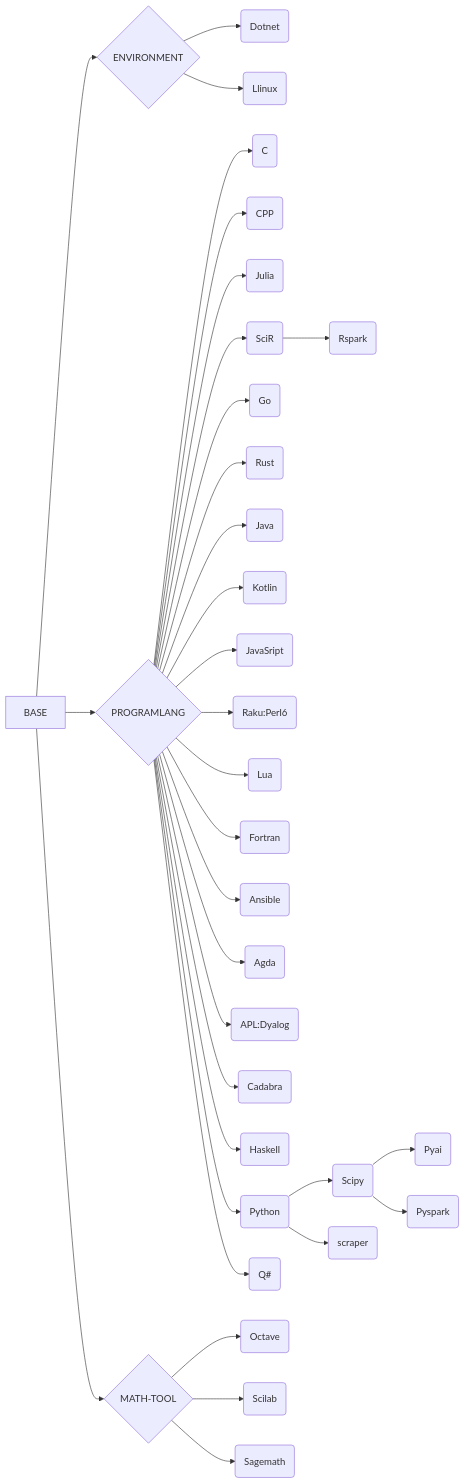
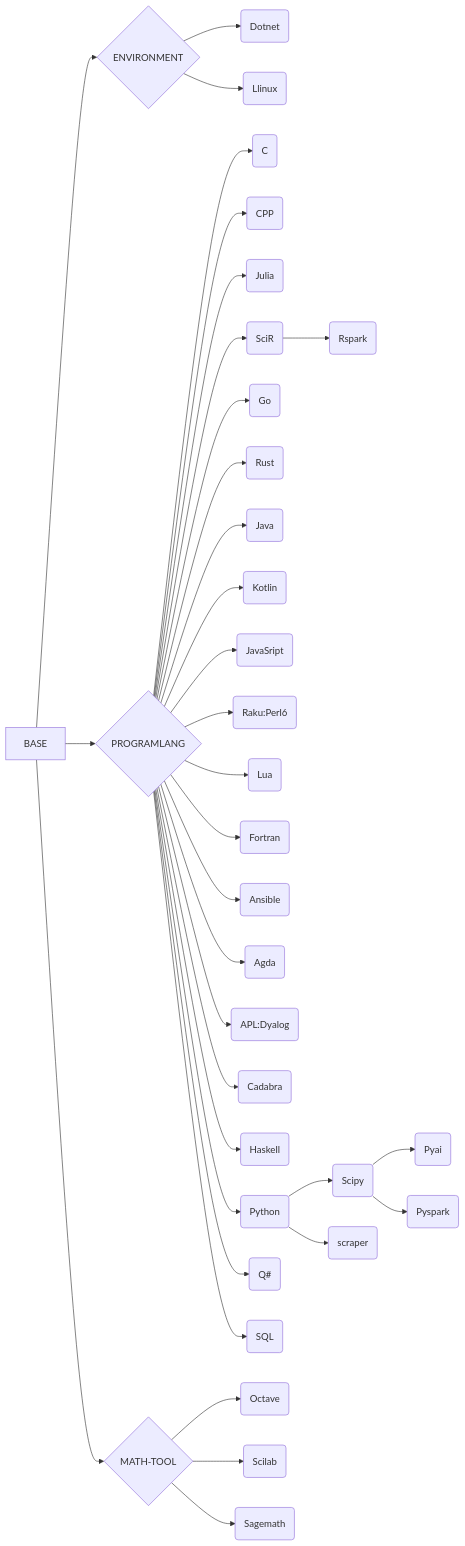
Before and after one commit to ben0i0d/jupyter-image-stacks: the diagram in README.md, drawn with Mermaid. The commit also changed other lines of this file and 2 other files, not shown here.

````diff
--- a/README.md
+++ b/README.md
@@ -75,32 +76,33 @@
 ```mermaid
 graph LR
 BASE-->ENV{ENVIRONMENT}-->EA(Dotnet)
 ENV-->EB(Llinux)
 BASE-->PROGRAM{PROGRAMLANG}
 PROGRAM-->PA(C)
 PROGRAM-->PB(CPP)
 PROGRAM-->PC(Julia)
 PROGRAM-->PD(SciR)-->PDA(Rspark)
 PROGRAM-->PE(Go)
 PROGRAM-->PF(Rust)
 PROGRAM-->PG(Java)
 PROGRAM-->PH(Kotlin)
 PROGRAM-->PI(JavaSript)
 PROGRAM-->PJ(Raku:Perl6)
 PROGRAM-->PK(Lua)
 PROGRAM-->PL(Fortran)
 PROGRAM-->PM(Ansible)
 PROGRAM-->PN(Agda)
 PROGRAM-->PO(APL:Dyalog)
 PROGRAM-->PP(Cadabra)
 PROGRAM-->PQ(Haskell)
 PROGRAM-->PR(Python)
 PROGRAM-->PS(Q#)
+PROGRAM-->PT(SQL)
 PR-->PRA(Scipy)
 PR-->PRB(scraper)
 PRA-->PRAA(Pyai)  
 PRA-->PRAB(Pyspark)  
 BASE-->MATH{MATH-TOOL}-->MA(Octave)
 MATH-->MB(Scilab)
 MATH-->MC(Sagemath)
 ```
````
